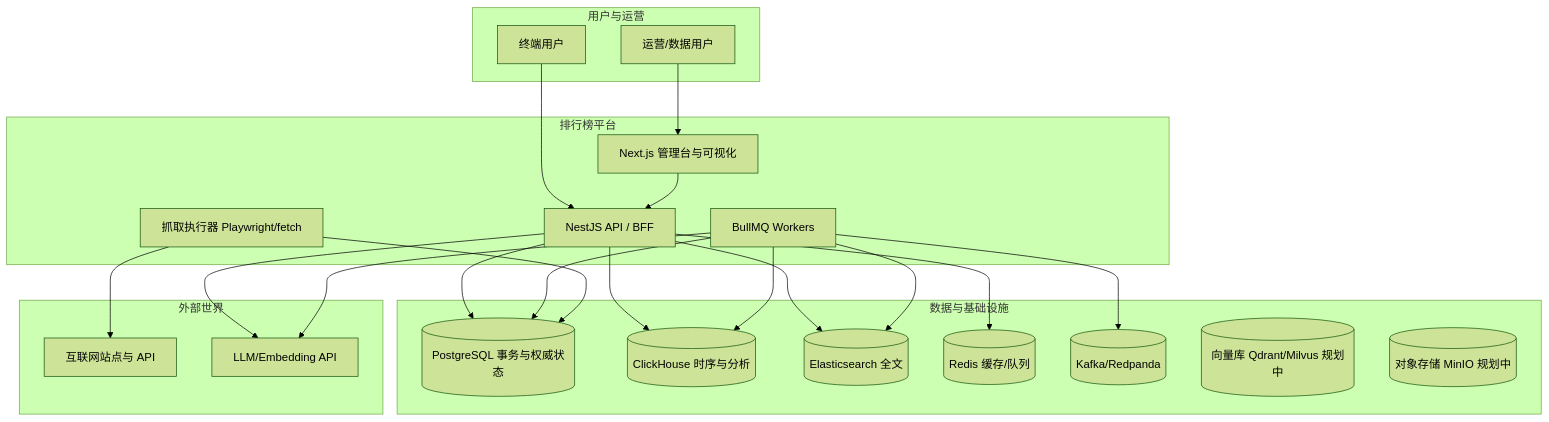
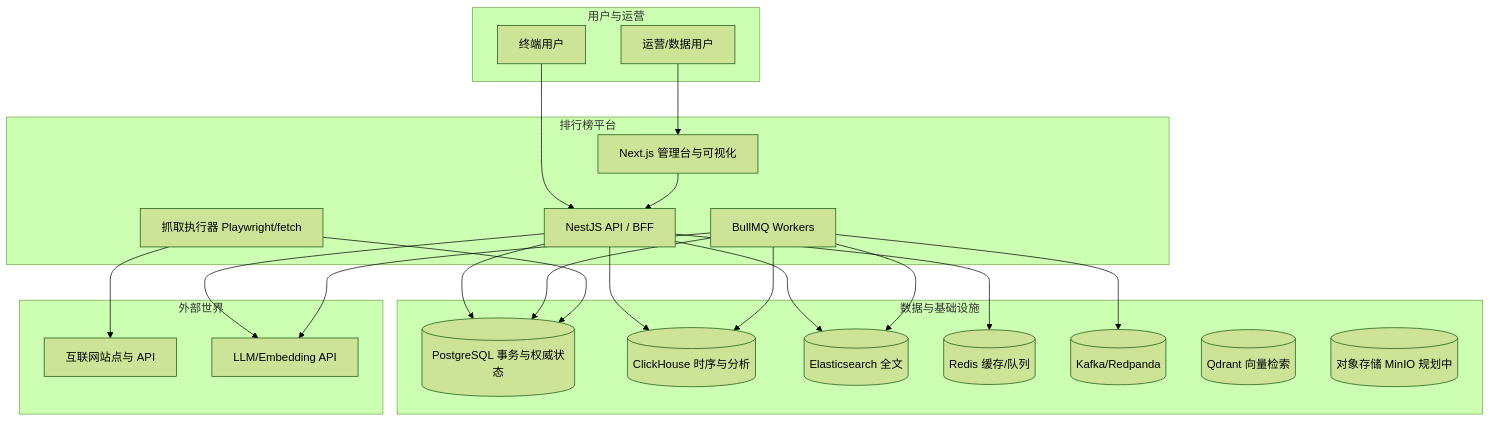
One commit to githubguoyuquan/ranking changed the first of 3 diagrams in docs/PLATFORM_ARCHITECTURE.md. Above: the diagram before and after it, drawn with Mermaid (forest theme). The commit also changed other lines of this file and 65 other files, not shown here.

````diff
--- a/docs/PLATFORM_ARCHITECTURE.md
+++ b/docs/PLATFORM_ARCHITECTURE.md
@@ -34,45 +36,45 @@
 ```mermaid
 flowchart TB
   subgraph Users[用户与运营]
     Op[运营/数据用户]
     EndUser[终端用户]
   end
 
   subgraph Platform[排行榜平台]
     API[NestJS API / BFF]
     Web[Next.js 管理台与可视化]
     Workers[BullMQ Workers]
     Crawlers[抓取执行器 Playwright/fetch]
   end
 
   subgraph Data[数据与基础设施]
     PG[(PostgreSQL 事务与权威状态)]
     CH[(ClickHouse 时序与分析)]
     ES[(Elasticsearch 全文)]
     RD[(Redis 缓存/队列)]
     KF[(Kafka/Redpanda)]
-    VDB[(向量库 Qdrant/Milvus 规划中)]
+    VDB[(Qdrant 向量检索)]
     OS[(对象存储 MinIO 规划中)]
   end
 
   subgraph External[外部世界]
     WWW[互联网站点与 API]
     LLM[LLM/Embedding API]
   end
 
   Op --> Web
   EndUser --> API
   Web --> API
   API --> PG
   API --> CH
   API --> ES
   API --> RD
   Workers --> PG
   Workers --> CH
   Workers --> ES
   Workers --> KF
   Crawlers --> WWW
   Crawlers --> PG
   API --> LLM
   Workers --> LLM
 ```
````
